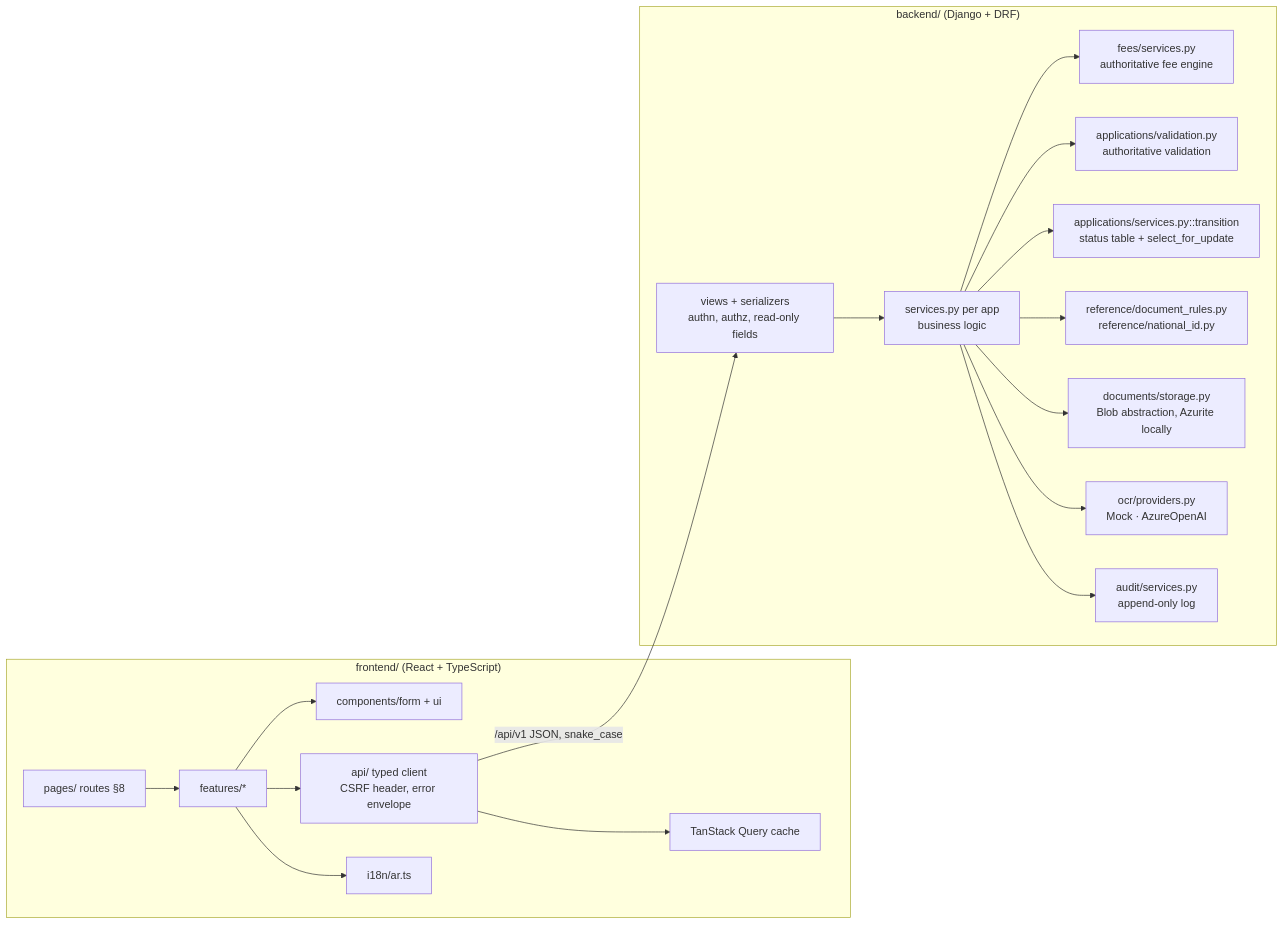
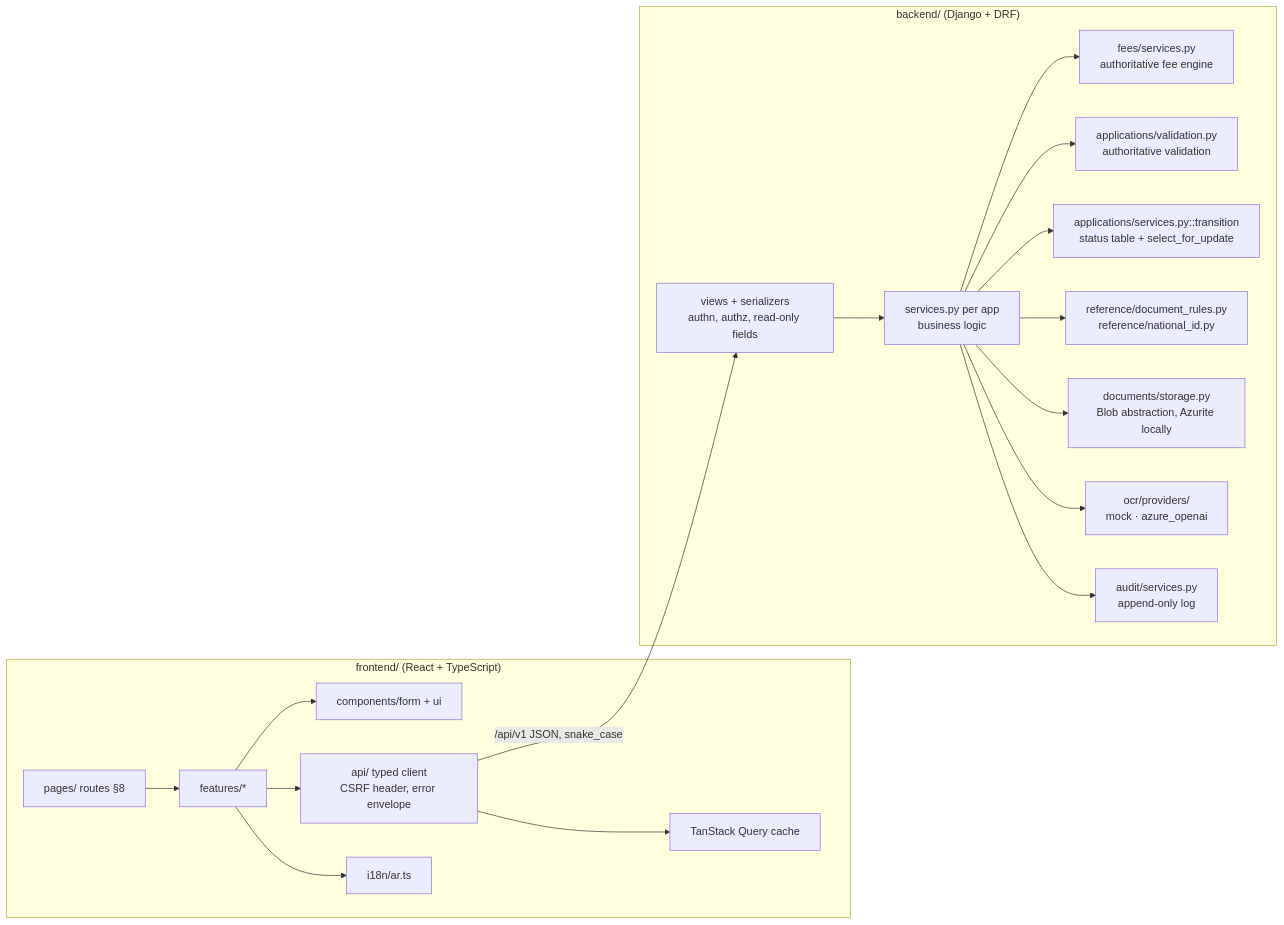
One commit to amr990719/Medical_App_Azure changed the second of 8 diagrams in docs/architecture.md. Above: the diagram before and after it, drawn with Mermaid. The commit also changed other lines of this file and 32 other files, not shown here.

````diff
--- a/docs/architecture.md
+++ b/docs/architecture.md
@@ -61,23 +61,23 @@
 ```mermaid
 flowchart LR
     subgraph SPA["frontend/ (React + TypeScript)"]
         PAGES[pages/ routes §8] --> FEAT[features/*]
         FEAT --> COMP[components/form + ui]
         FEAT --> API[api/ typed client<br/>CSRF header, error envelope]
         FEAT --> I18N[i18n/ar.ts]
         API --> TQ[TanStack Query cache]
     end
 
     subgraph Django["backend/ (Django + DRF)"]
         VIEWS[views + serializers<br/>authn, authz, read-only fields] --> SVC[services.py per app<br/>business logic]
         SVC --> FEES[fees/services.py<br/>authoritative fee engine]
         SVC --> VAL[applications/validation.py<br/>authoritative validation]
         SVC --> TRANS[applications/services.py::transition<br/>status table + select_for_update]
         SVC --> RULES[reference/document_rules.py<br/>reference/national_id.py]
         SVC --> STOR[documents/storage.py<br/>Blob abstraction, Azurite locally]
-        SVC --> OCR[ocr/providers.py<br/>Mock · AzureOpenAI]
+        SVC --> OCR[ocr/providers/<br/>mock · azure_openai]
         SVC --> AUD[audit/services.py<br/>append-only log]
     end
 
     API -- "/api/v1 JSON, snake_case" --> VIEWS
 ```
````
